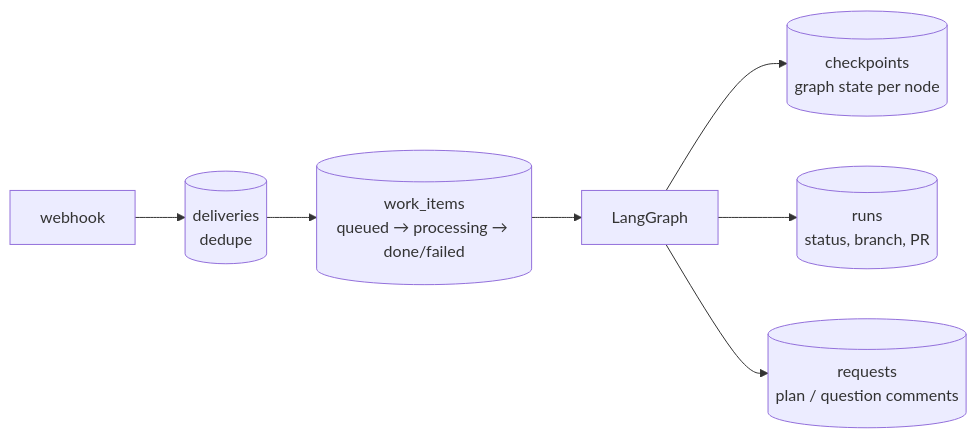
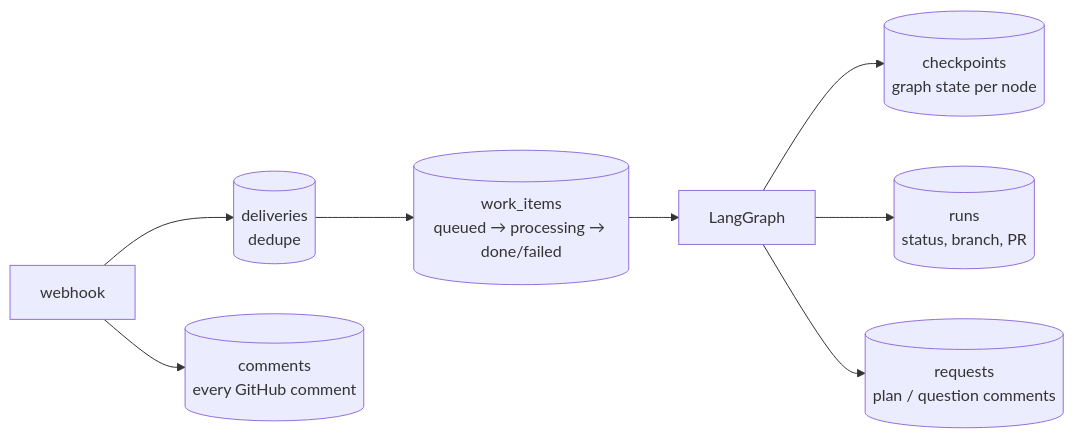
The diagram in docs/07-reliability.md (NetanelRotem/agent-demo-taskboard), drawn with Mermaid before and after one commit. The commit also changed other lines of this file and 28 other files, not shown here.

````diff
--- a/docs/07-reliability.md
+++ b/docs/07-reliability.md
@@ -7,9 +7,10 @@
 ```mermaid
 flowchart LR
     WH[webhook] --> D[("deliveries<br/>dedupe")]
     D --> WI[("work_items<br/>queued → processing → done/failed")]
     WI --> G[LangGraph]
     G --> CP[("checkpoints<br/>graph state per node")]
     G --> R[("runs<br/>status, branch, PR")]
     G --> RQ[("requests<br/>plan / question comments")]
+    WH --> CM[("comments<br/>every GitHub comment")]
 ```
````
